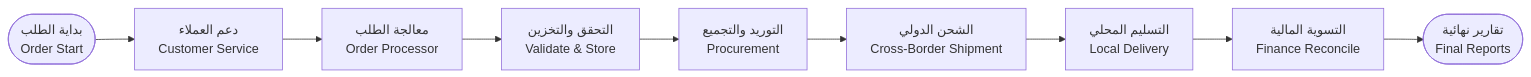
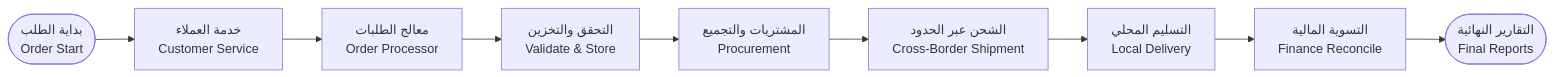
The first of 6 diagrams in docs/07-process-flows/07-process-flows.md (Ash69g/Documentation-Study), drawn with Mermaid before and after one commit. The commit also changed other lines of this file and 15 other files, not shown here.

````diff
--- a/docs/07-process-flows/07-process-flows.md
+++ b/docs/07-process-flows/07-process-flows.md
@@ -29,11 +29,11 @@
 ```mermaid
 flowchart LR
-  Start([بداية الطلب\nOrder Start]) --> Intake["دعم العملاء\nCustomer Service"]
-  Intake --> OrderOps["معالجة الطلب\nOrder Processor"]
-  OrderOps --> Validation["التحقق والتخزين\nValidate & Store"]
-  Validation --> Procurement["التوريد والتجميع\nProcurement"]
-  Procurement --> Shipment["الشحن الدولي\nCross-Border Shipment"]
+  Start(["بداية الطلب\nOrder Start"]) --> Intake["خدمة العملاء\nCustomer Service"]
+  Intake --> Processor["معالج الطلبات\nOrder Processor"]
+  Processor --> Validation["التحقق والتخزين\nValidate & Store"]
+  Validation --> Procurement["المشتريات والتجميع\nProcurement"]
+  Procurement --> Shipment["الشحن عبر الحدود\nCross-Border Shipment"]
   Shipment --> Handover["التسليم المحلي\nLocal Delivery"]
   Handover --> Finance["التسوية المالية\nFinance Reconcile"]
-  Finance --> Reports([تقارير نهائية\nFinal Reports])
+  Finance --> Reports(["التقارير النهائية\nFinal Reports"])
 ```
````
